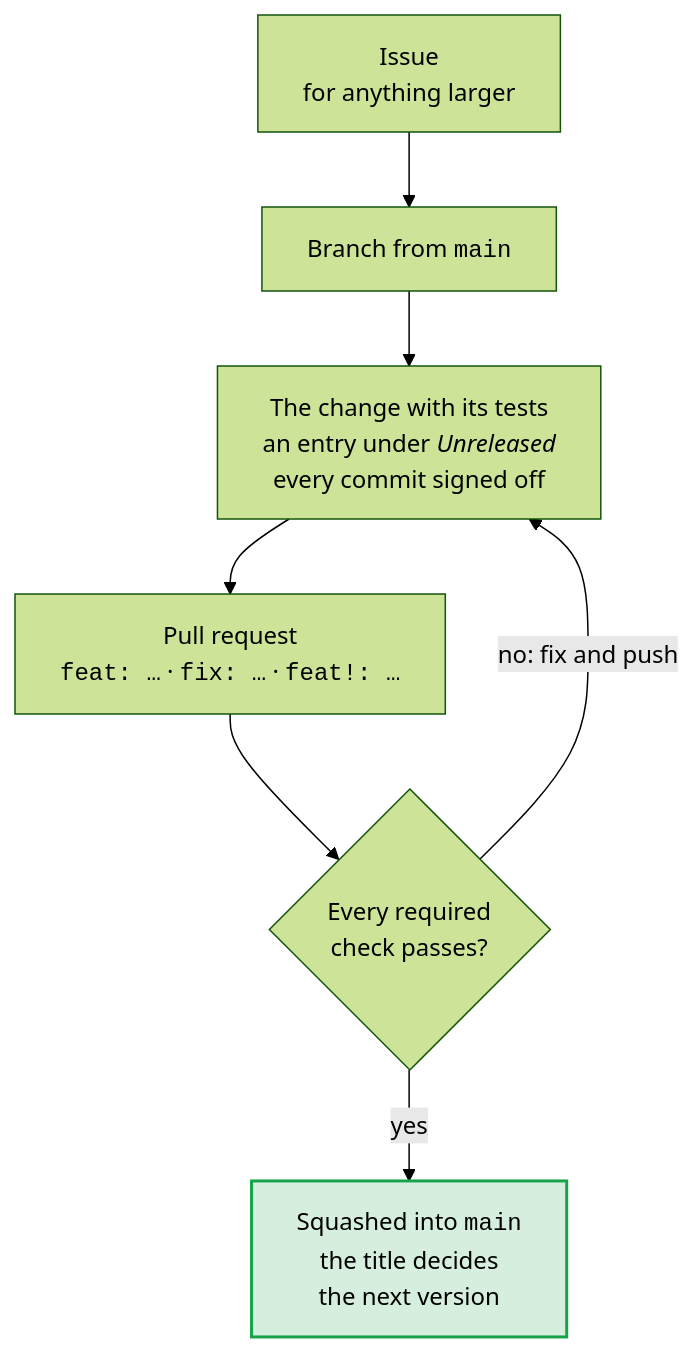
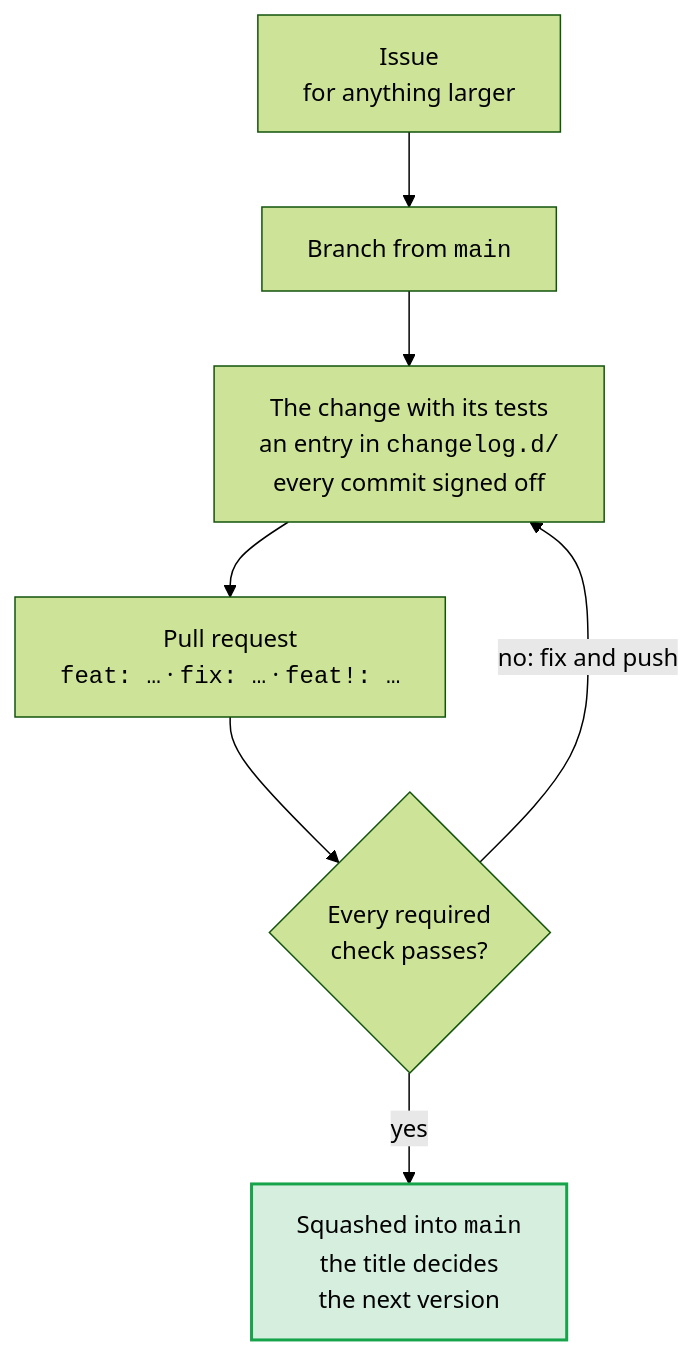
One commit to Dennis-Otto/repo-blueprint changed the diagram in CONTRIBUTING.md. Above: the diagram before and after it, drawn with Mermaid (forest theme). The commit also changed other lines of this file and 27 other files, not shown here.

````diff
--- a/CONTRIBUTING.md
+++ b/CONTRIBUTING.md
@@ -33,24 +33,24 @@
 ```mermaid
 ---
 config:
   flowchart:
     wrappingWidth: 400
 ---
 flowchart TB
     accTitle: The way of a contribution
-    accDescr: An issue first for anything larger, a branch from main, the change with its tests and an entry under Unreleased, every commit signed off, and a pull request with a Conventional Commit title. Once every required check passes, it is squashed into main, and its title decides the next version.
+    accDescr: An issue first for anything larger, a branch from main, the change with its tests and an entry in a new file of changelog.d, every commit signed off, and a pull request with a Conventional Commit title. Once every required check passes, it is squashed into main, and its title decides the next version.
 
     issue["Issue<br>for anything larger"]
     branch["Branch from <code>main</code>"]
-    change["The change with its tests<br>an entry under <i>Unreleased</i><br>every commit signed off"]
+    change["The change with its tests<br>an entry in <code>changelog.d/</code><br>every commit signed off"]
     pr["Pull request<br><code>feat: …</code> · <code>fix: …</code> · <code>feat!: …</code>"]
     checks{"Every required<br>check passes?"}
     main["Squashed into <code>main</code><br>the title decides<br>the next version"]
 
     issue --> branch --> change --> pr --> checks
     checks -- "yes" --> main
     checks -- "no: fix and push" --> change
 
     classDef done fill:#16a34a2e,stroke:#16a34a,stroke-width:2px
     class main done
 ```
````
